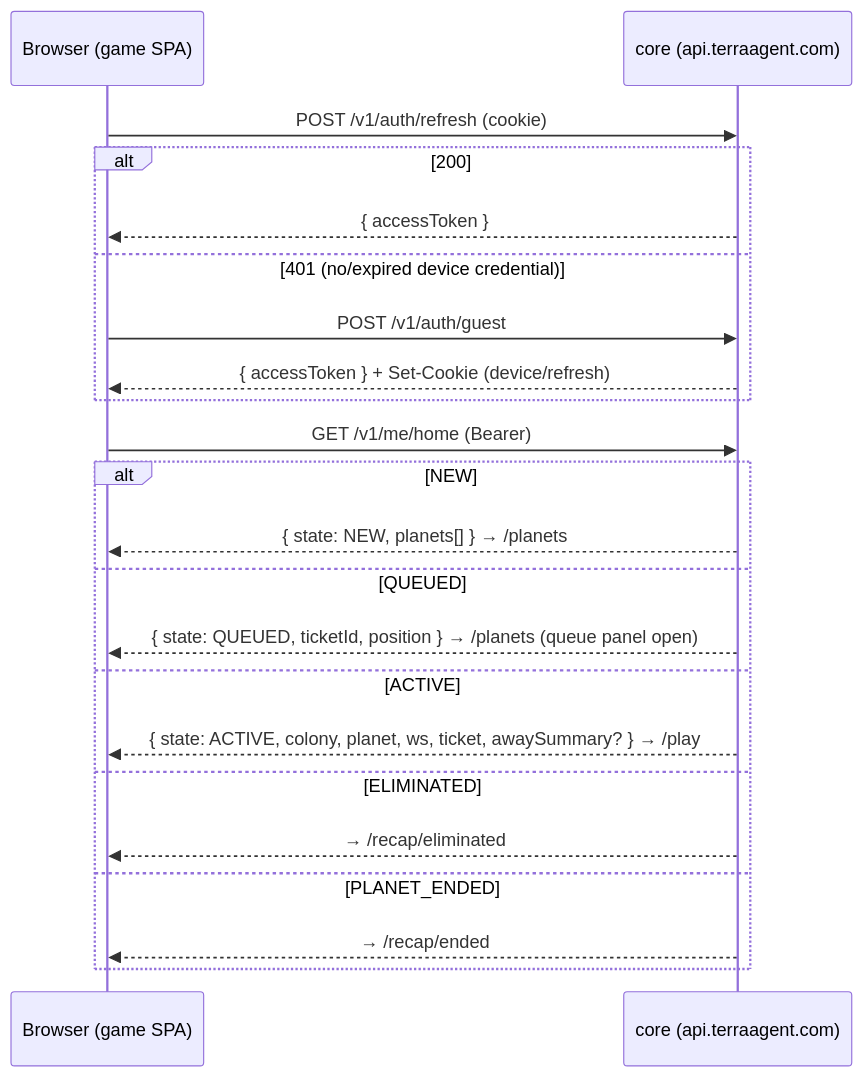
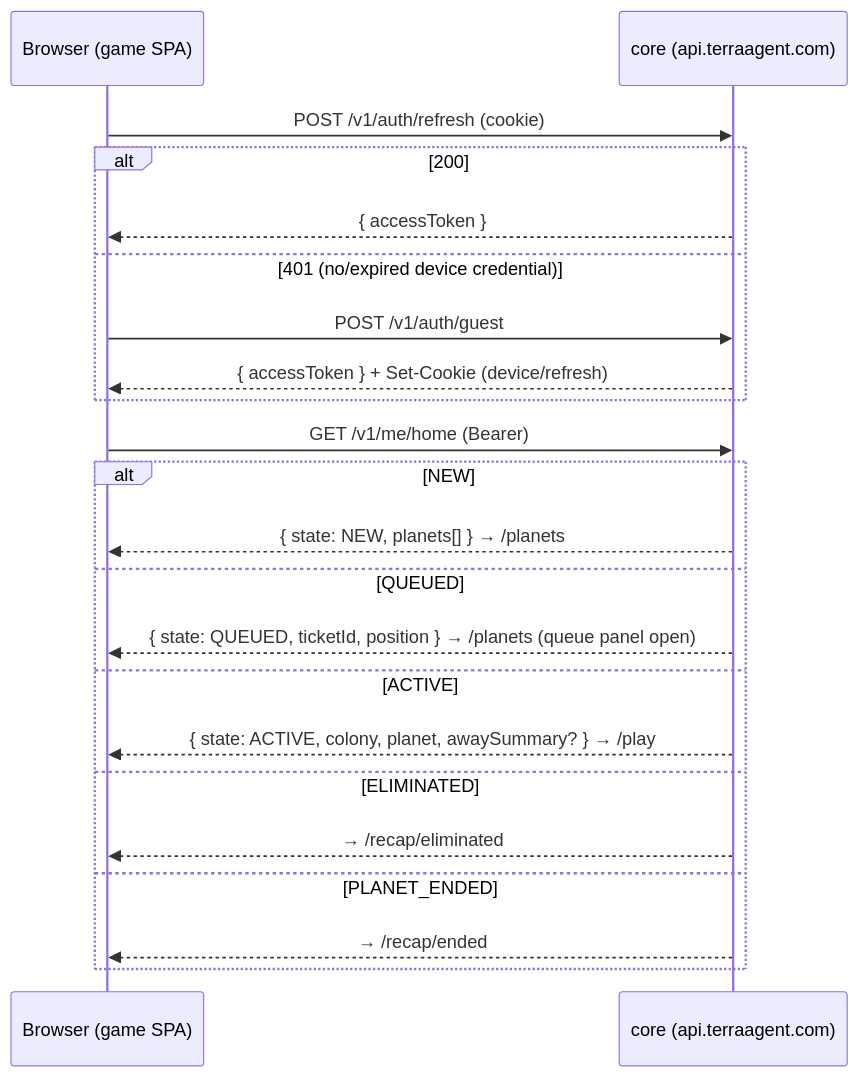
One commit to recferret-bit/terraagent changed the first of 4 diagrams in docs/spec/CLIENT.md. Above: the diagram before and after it, drawn with Mermaid. The commit also changed other lines of this file and 63 other files, not shown here.

````diff
--- a/docs/spec/CLIENT.md
+++ b/docs/spec/CLIENT.md
@@ -57,24 +58,24 @@
 ```mermaid
 sequenceDiagram
   participant B as Browser (game SPA)
   participant C as core (api.terraagent.com)
   B->>C: POST /v1/auth/refresh (cookie)
   alt 200
     C-->>B: { accessToken }
   else 401 (no/expired device credential)
     B->>C: POST /v1/auth/guest
     C-->>B: { accessToken } + Set-Cookie (device/refresh)
   end
   B->>C: GET /v1/me/home (Bearer)
   alt NEW
     C-->>B: { state: NEW, planets[] } → /planets
   else QUEUED
     C-->>B: { state: QUEUED, ticketId, position } → /planets (queue panel open)
   else ACTIVE
-    C-->>B: { state: ACTIVE, colony, planet, ws, ticket, awaySummary? } → /play
+    C-->>B: { state: ACTIVE, colony, planet, awaySummary? } → /play
   else ELIMINATED
     C-->>B: → /recap/eliminated
   else PLANET_ENDED
     C-->>B: → /recap/ended
   end
 ```
````
